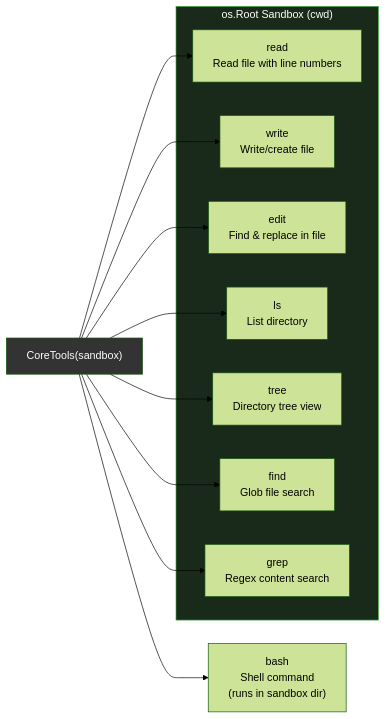
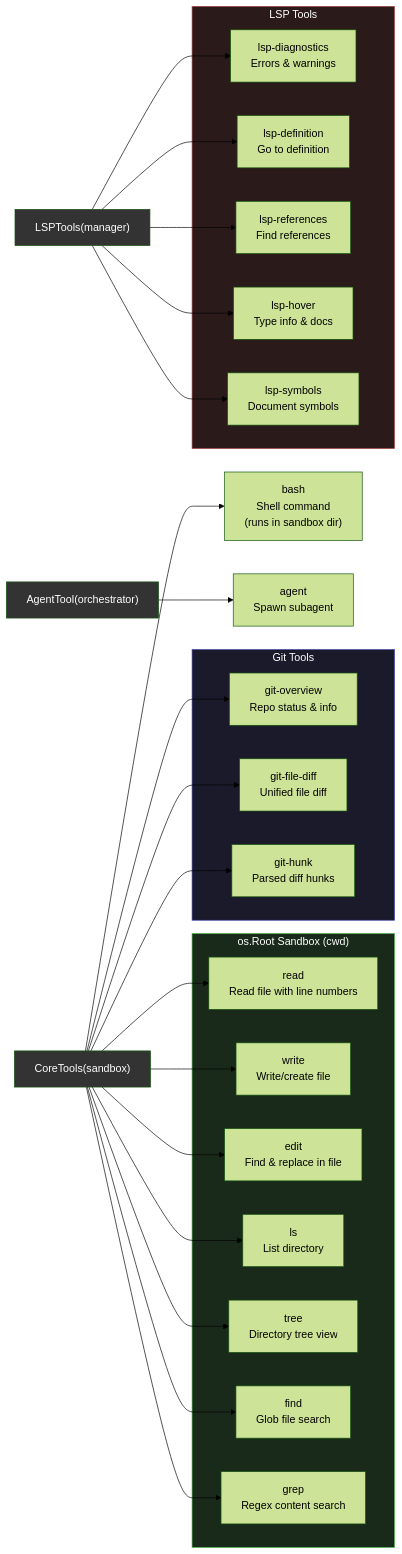
Before and after one commit to dimetron/pi-go: the third of 10 diagrams in ARCHITECTURE.md, drawn with Mermaid (forest theme). The commit also changed other lines of this file and 1 other file, not shown here.

Commit message:
feat: update ARCHITECTURE.md with subagent, LSP, git tools, and model roles

````diff
--- a/ARCHITECTURE.md
+++ b/ARCHITECTURE.md
@@ -101,26 +112,56 @@
 ```mermaid
 graph LR
     subgraph Sandbox["os.Root Sandbox (cwd)"]
         read["read<br/>Read file with line numbers"]
         write["write<br/>Write/create file"]
         edit["edit<br/>Find & replace in file"]
         ls["ls<br/>List directory"]
         tree["tree<br/>Directory tree view"]
         find["find<br/>Glob file search"]
         grep["grep<br/>Regex content search"]
     end
 
+    subgraph GitTools["Git Tools"]
+        git_overview["git-overview<br/>Repo status & info"]
+        git_file_diff["git-file-diff<br/>Unified file diff"]
+        git_hunk["git-hunk<br/>Parsed diff hunks"]
+    end
+
+    subgraph LSPTools["LSP Tools"]
+        lsp_diag["lsp-diagnostics<br/>Errors & warnings"]
+        lsp_def["lsp-definition<br/>Go to definition"]
+        lsp_ref["lsp-references<br/>Find references"]
+        lsp_hover["lsp-hover<br/>Type info & docs"]
+        lsp_sym["lsp-symbols<br/>Document symbols"]
+    end
+
     bash["bash<br/>Shell command<br/>(runs in sandbox dir)"]
+    agent_tool["agent<br/>Spawn subagent"]
 
     registry["CoreTools(sandbox)"] --> read
     registry --> write
     registry --> edit
     registry --> bash
     registry --> grep
     registry --> find
     registry --> ls
     registry --> tree
+    registry --> git_overview
+    registry --> git_file_diff
+    registry --> git_hunk
+
+    lsp_registry["LSPTools(manager)"] --> lsp_diag
+    lsp_registry --> lsp_def
+    lsp_registry --> lsp_ref
+    lsp_registry --> lsp_hover
+    lsp_registry --> lsp_sym
+
+    agent_registry["AgentTool(orchestrator)"] --> agent_tool
 
     style Sandbox fill:#1a2a1a,stroke:#4a4,color:#fff
+    style GitTools fill:#1a1a2a,stroke:#44a,color:#fff
+    style LSPTools fill:#2a1a1a,stroke:#a44,color:#fff
     style registry fill:#333,color:#fff
+    style lsp_registry fill:#333,color:#fff
+    style agent_registry fill:#333,color:#fff
 ```
````
